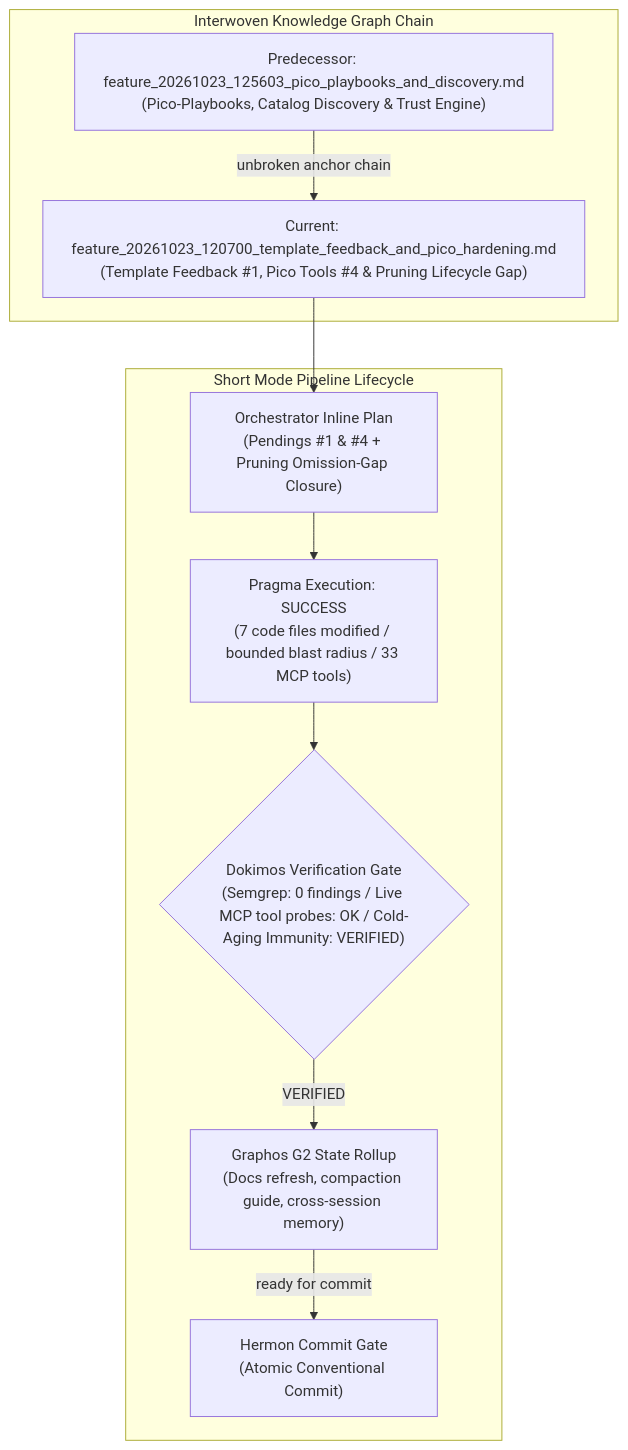
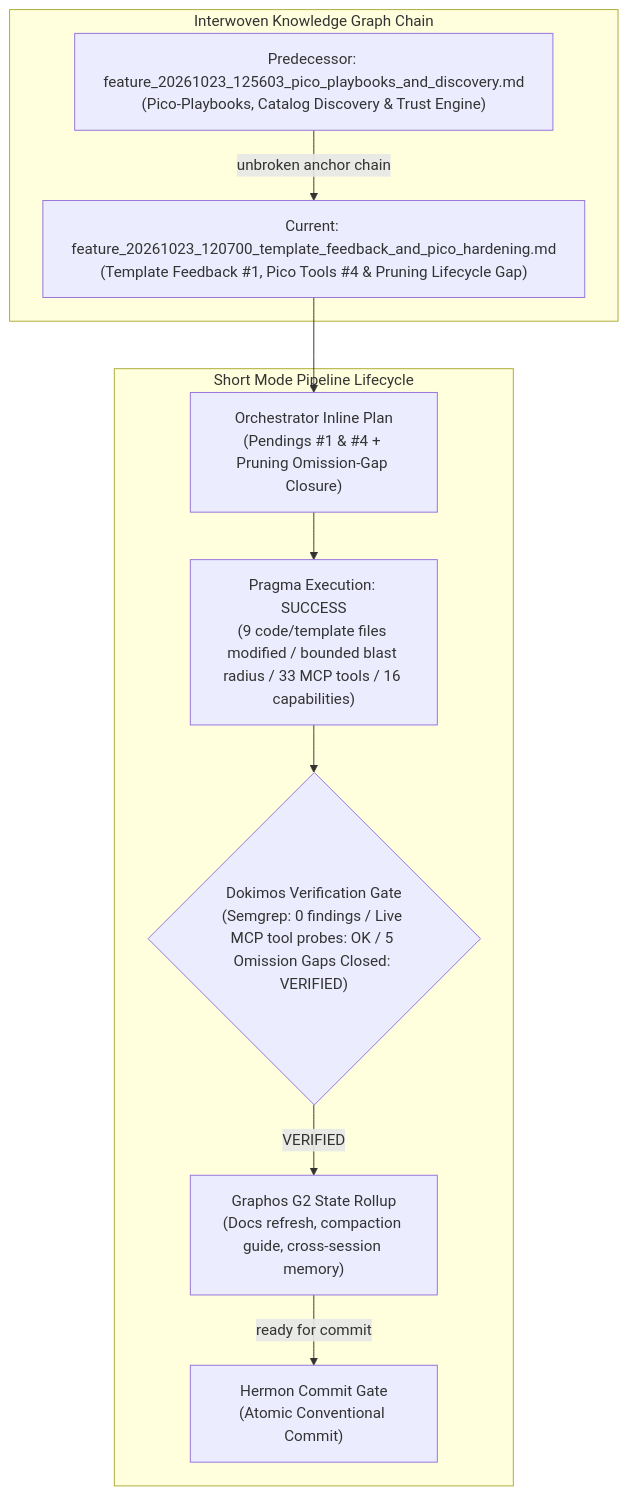
Before and after one commit to ancrz/agent-execution-plane: the first of 2 diagrams in docs/pipeline/feature_20261023_120700_template_feedback_and_pico_hardening.md, drawn with Mermaid. The commit also changed other lines of this file and 2 other files, not shown here.

First line of the commit message:
docs(state): record verified closure of 5 tool-graph omission gaps

````diff
--- a/docs/pipeline/feature_20261023_120700_template_feedback_and_pico_hardening.md
+++ b/docs/pipeline/feature_20261023_120700_template_feedback_and_pico_hardening.md
@@ -26,22 +31,22 @@
 ```mermaid
 flowchart TD
     subgraph Chain["Interwoven Knowledge Graph Chain"]
         D1["Predecessor: feature_20261023_125603_pico_playbooks_and_discovery.md<br/>(Pico-Playbooks, Catalog Discovery & Trust Engine)"]
         D2["Current: feature_20261023_120700_template_feedback_and_pico_hardening.md<br/>(Template Feedback #1, Pico Tools #4 & Pruning Lifecycle Gap)"]
         D1 -->|"unbroken anchor chain"| D2
     end
 
     subgraph Pipeline["Short Mode Pipeline Lifecycle"]
         P1["Orchestrator Inline Plan<br/>(Pendings #1 & #4 + Pruning Omission-Gap Closure)"]
-        PR1["Pragma Execution: SUCCESS<br/>(7 code files modified / bounded blast radius / 33 MCP tools)"]
-        DK1{"Dokimos Verification Gate<br/>(Semgrep: 0 findings / Live MCP tool probes: OK / Cold-Aging Immunity: VERIFIED)"}
+        PR1["Pragma Execution: SUCCESS<br/>(9 code/template files modified / bounded blast radius / 33 MCP tools / 16 capabilities)"]
+        DK1{"Dokimos Verification Gate<br/>(Semgrep: 0 findings / Live MCP tool probes: OK / 5 Omission Gaps Closed: VERIFIED)"}
         G2["Graphos G2 State Rollup<br/>(Docs refresh, compaction guide, cross-session memory)"]
         H1["Hermon Commit Gate<br/>(Atomic Conventional Commit)"]
     end
 
     D2 --> P1
     P1 --> PR1
     PR1 --> DK1
     DK1 -->|"VERIFIED"| G2
     G2 -->|"ready for commit"| H1
 ```
````
